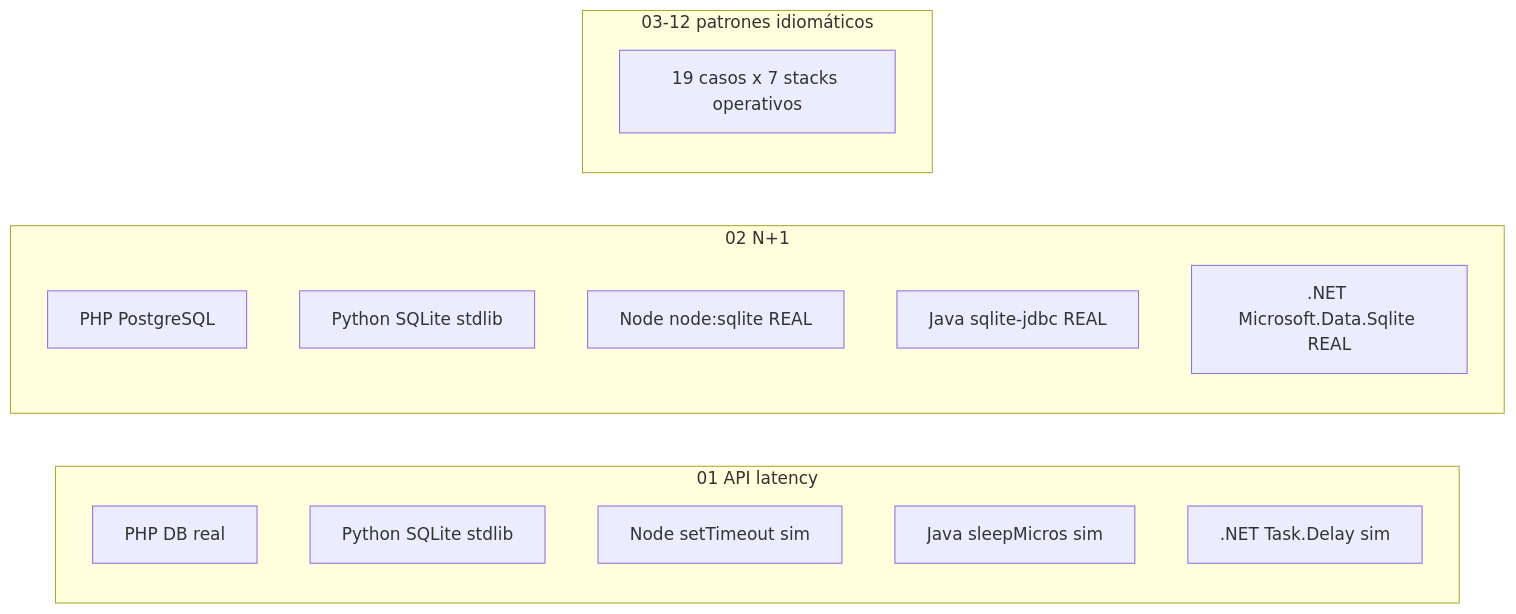
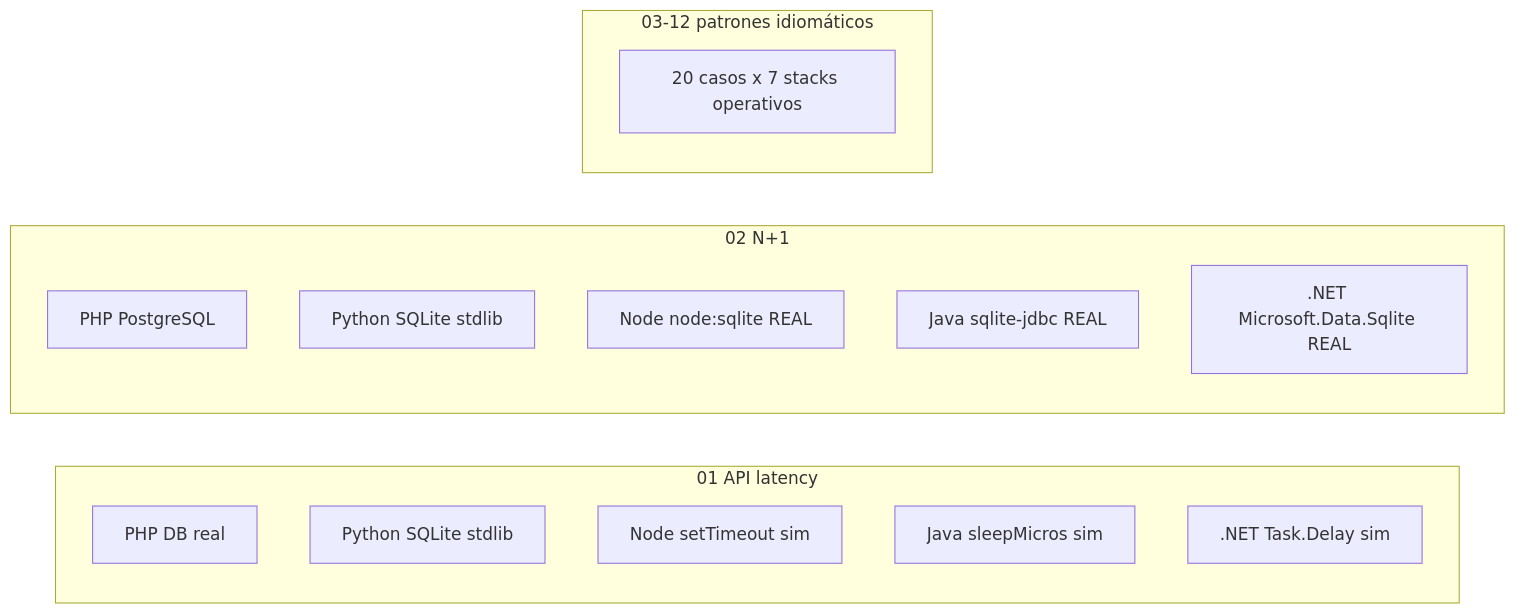
The fourth of 5 diagrams in ARCHITECTURE.md (vladimiracunadev-create/problem-driven-systems-lab), drawn with Mermaid before and after one commit. The commit also changed other lines of this file and 103 other files, not shown here.

````diff
--- a/ARCHITECTURE.md
+++ b/ARCHITECTURE.md
@@ -217,22 +217,22 @@
 ```mermaid
 graph LR
     subgraph C01[01 API latency]
         C01_PHP[PHP DB real]
         C01_PY[Python SQLite stdlib]
         C01_NODE[Node setTimeout sim]
         C01_JAVA[Java sleepMicros sim]
         C01_NET[.NET Task.Delay sim]
     end
 
     subgraph C02[02 N+1]
         C02_PHP[PHP PostgreSQL]
         C02_PY[Python SQLite stdlib]
         C02_NODE[Node node:sqlite REAL]
         C02_JAVA[Java sqlite-jdbc REAL]
         C02_NET[.NET Microsoft.Data.Sqlite REAL]
     end
 
     subgraph C03_12[03-12 patrones idiomáticos]
-        OTHER[19 casos x 7 stacks operativos]
+        OTHER[20 casos x 7 stacks operativos]
     end
 ```
````
